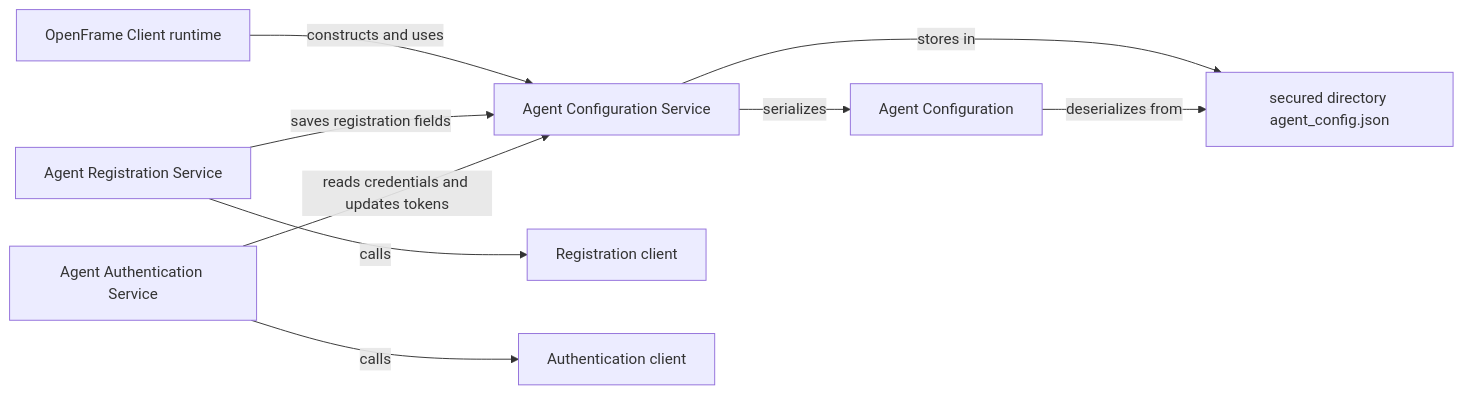
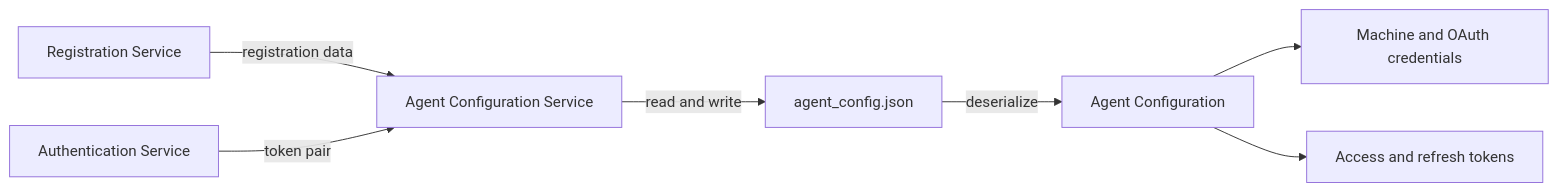
Before and after one commit to flamingo-stack/openframe-oss-tenant: the first of 2 diagrams in docs/reference/architecture/openframe-client-core/model-agent-config/model-agent-config.md, drawn with Mermaid. The commit also changed other lines of this file and 2377 other files, not shown here.

````diff
--- a/docs/reference/architecture/openframe-client-core/model-agent-config/model-agent-config.md
+++ b/docs/reference/architecture/openframe-client-core/model-agent-config/model-agent-config.md
@@ -25,11 +43,9 @@
 ```mermaid
 flowchart LR
-    ClientApp["OpenFrame Client runtime"] -->|"constructs and uses"| ConfigService["Agent Configuration Service"]
-    RegistrationService["Agent Registration Service"] -->|"saves registration fields"| ConfigService
-    AuthService["Agent Authentication Service"] -->|"reads credentials and updates tokens"| ConfigService
-    ConfigService -->|"serializes"| AgentConfig["Agent Configuration"]
-    ConfigService -->|"stores in"| SecureFile["secured directory agent_config.json"]
-    AgentConfig -->|"deserializes from"| SecureFile
-    RegistrationService -->|"calls"| RegistrationApi["Registration client"]
-    AuthService -->|"calls"| AuthApi["Authentication client"]
+    Registration["Registration Service"] -->|"registration data"| ConfigService["Agent Configuration Service"]
+    Authentication["Authentication Service"] -->|"token pair"| ConfigService
+    ConfigService -->|"read and write"| ConfigFile["agent_config.json"]
+    ConfigFile -->|"deserialize"| AgentConfig["Agent Configuration"]
+    AgentConfig --> Identity["Machine and OAuth credentials"]
+    AgentConfig --> Tokens["Access and refresh tokens"]
 ```
````
